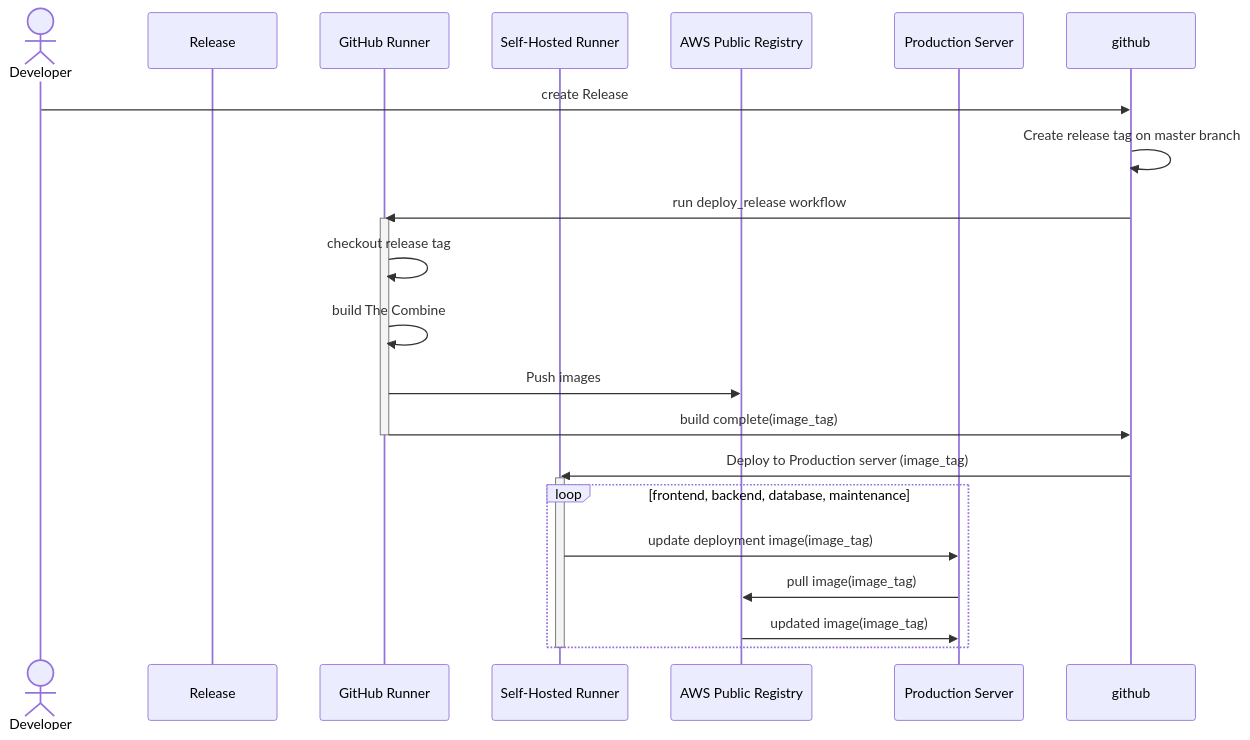
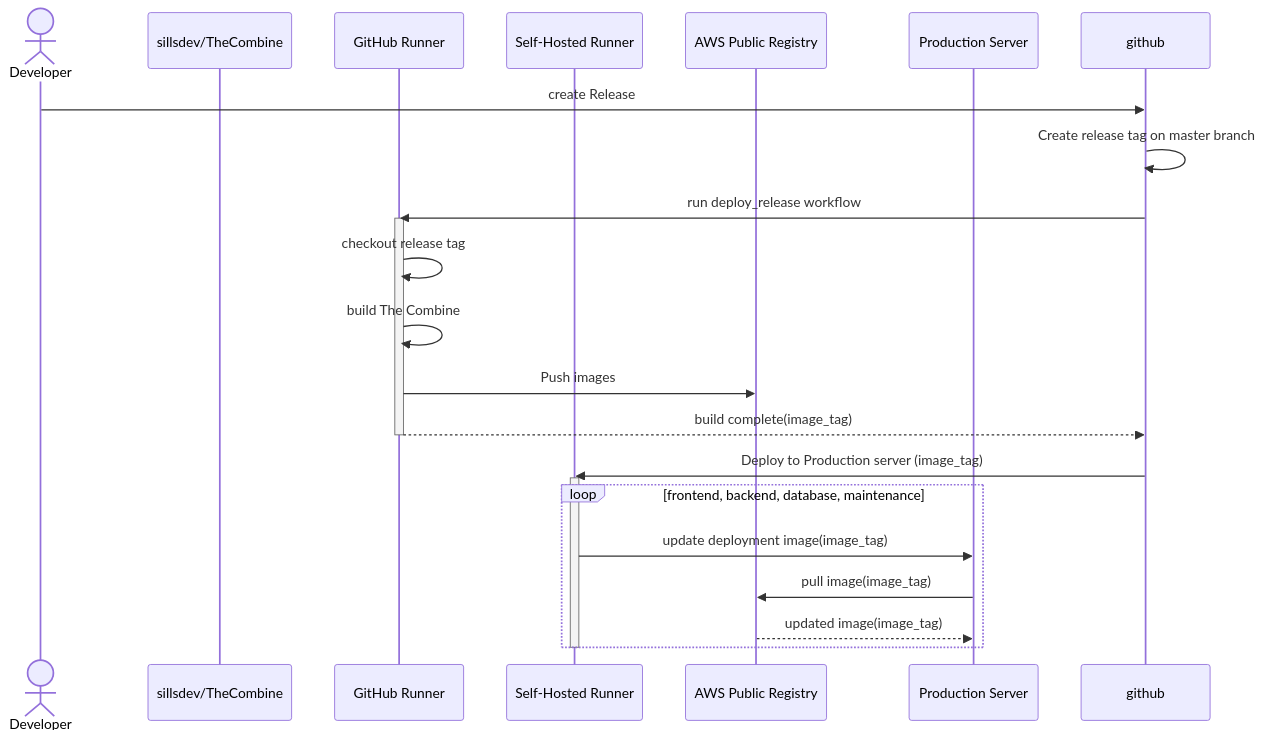
Before and after one commit to sillsdev/TheCombine: the second of 2 diagrams in README.md, drawn with Mermaid. The commit also changed other lines of this file, not shown here.

Commit message:
Update CI/CD sequence diagrams

````diff
--- a/README.md
+++ b/README.md
@@ -1016,26 +1017,26 @@
 ```mermaid
 sequenceDiagram
    actor Developer
-   participant Release
+   participant githug as sillsdev/TheCombine
    participant gh_runner as GitHub Runner
    participant sh_runner as Self-Hosted Runner
    participant reg as AWS Public Registry
    participant server as Production Server
    Developer ->> github: create Release
    github ->> github: Create release tag on master branch
    github ->> gh_runner: run deploy_release workflow
    activate gh_runner
    gh_runner ->> gh_runner: checkout release tag
    gh_runner ->> gh_runner: build The Combine
    gh_runner ->> reg: Push images
-   gh_runner ->> github: build complete(image_tag)
+   gh_runner -->> github: build complete(image_tag)
    deactivate gh_runner
    github ->> sh_runner: Deploy to Production server (image_tag)
    activate sh_runner
    loop frontend, backend, database, maintenance
       sh_runner ->> server: update deployment image(image_tag)
       server ->> reg: pull image(image_tag)
-      reg ->> server: updated image(image_tag)
+      reg -->> server: updated image(image_tag)
    end
    deactivate sh_runner
 ```
````
